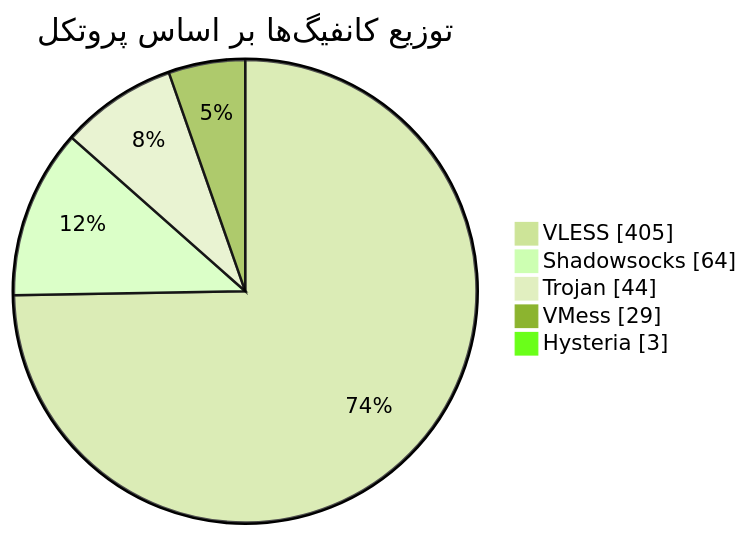
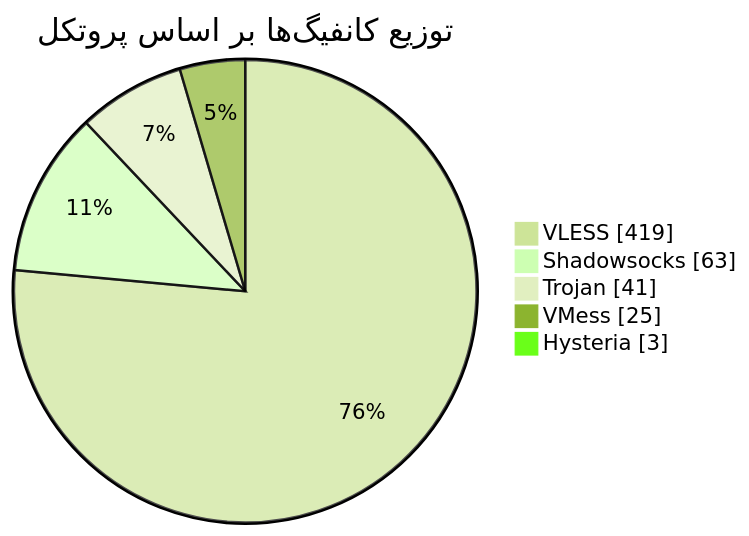
One commit to Arian-Alijani/Somthing changed the diagram in README.md. Above: the diagram before and after it, drawn with Mermaid (forest theme). The commit also changed other lines of this file and 81 other files, not shown here.

````diff
--- a/README.md
+++ b/README.md
@@ -47,9 +47,9 @@
 ```mermaid
 pie showData
     title توزیع کانفیگ‌ها بر اساس پروتکل
-    "VLESS" : 405
-    "Shadowsocks" : 64
-    "Trojan" : 44
-    "VMess" : 29
+    "VLESS" : 419
+    "Shadowsocks" : 63
+    "Trojan" : 41
+    "VMess" : 25
     "Hysteria" : 3
 ```
````
